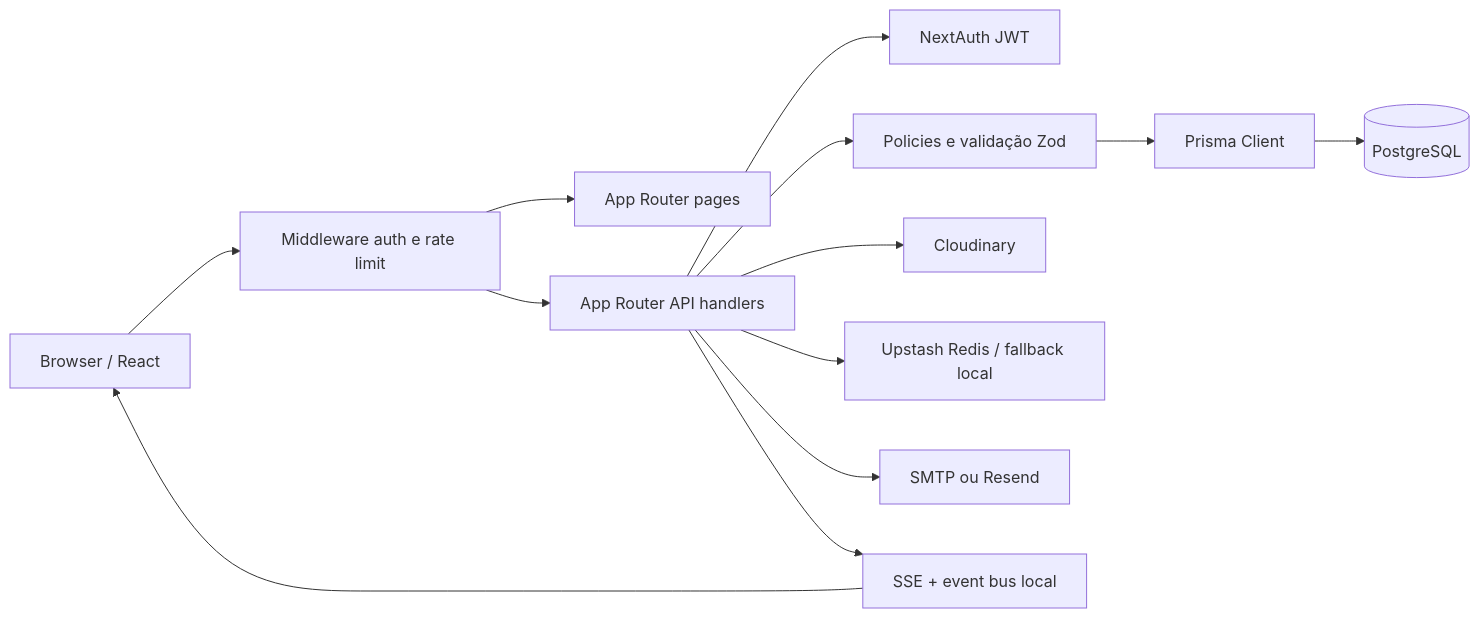
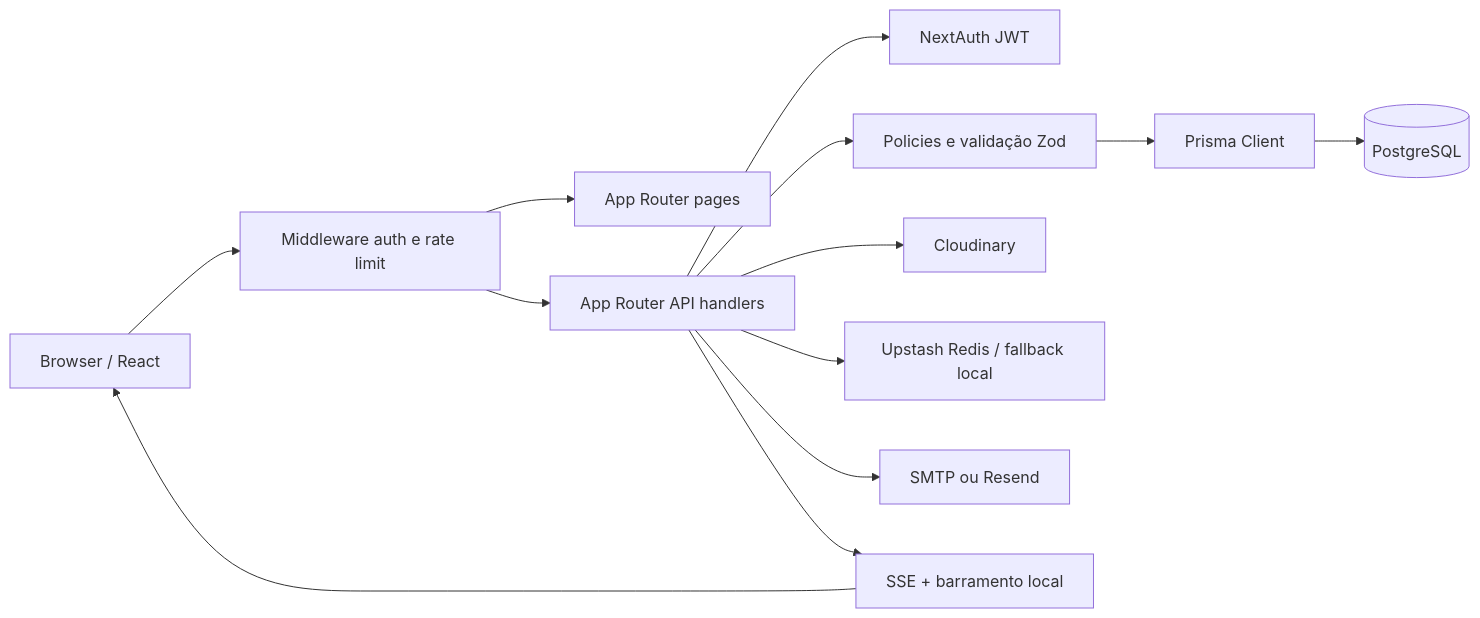
One commit to gustaf30/cheerconnect changed the diagram in docs/architecture.md. Above: the diagram before and after it, drawn with Mermaid. The commit also changed other lines of this file and 2 other files, not shown here.

````diff
--- a/docs/architecture.md
+++ b/docs/architecture.md
@@ -7,15 +7,15 @@
 ```mermaid
 flowchart LR
   Browser[Browser / React] --> MW[Middleware auth e rate limit]
   MW --> Pages[App Router pages]
   MW --> API[App Router API handlers]
   API --> Auth[NextAuth JWT]
   API --> Policy[Policies e validação Zod]
   Policy --> Prisma[Prisma Client]
   Prisma --> DB[(PostgreSQL)]
   API --> Media[Cloudinary]
   API --> Redis[Upstash Redis / fallback local]
   API --> Email[SMTP ou Resend]
-  API --> SSE[SSE + event bus local]
+  API --> SSE[SSE + barramento local]
   SSE --> Browser
 ```
````
